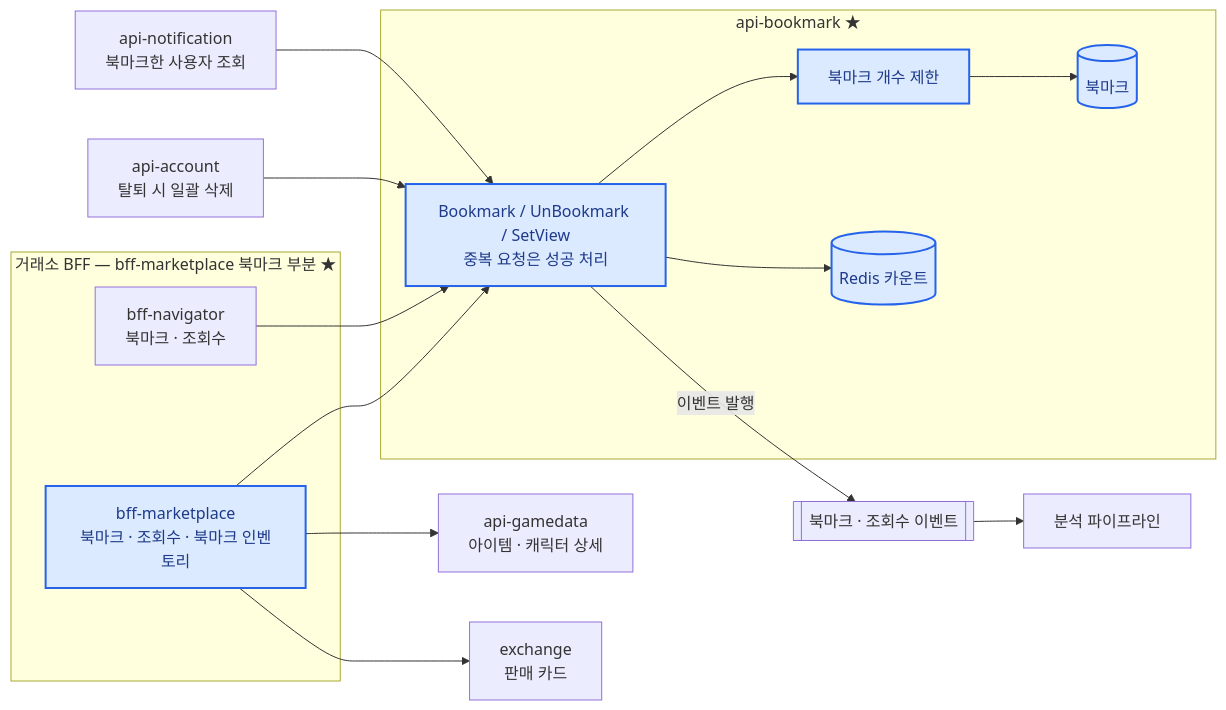
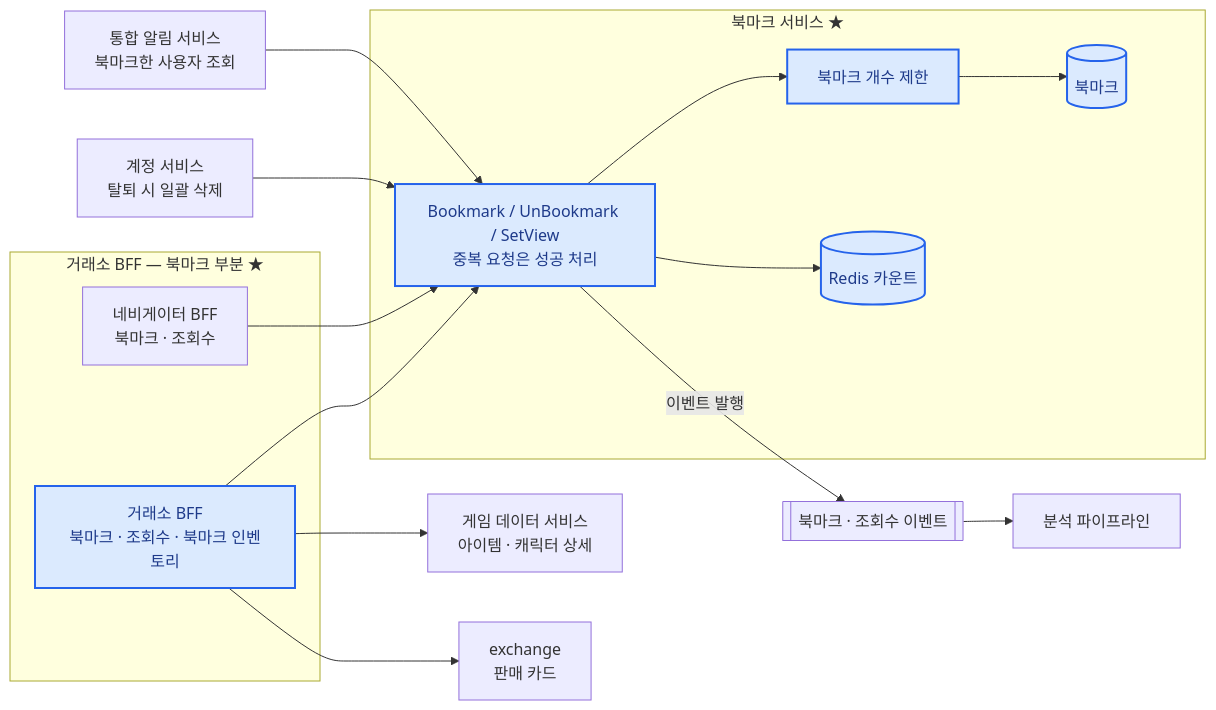
One commit to shalwxy/career changed the diagram in content/diagrams/bookmark.mmd. Above: the diagram before and after it, drawn with Mermaid. The commit also changed 24 other files, not shown here.

```diff
--- a/content/diagrams/bookmark.mmd
+++ b/content/diagrams/bookmark.mmd
@@ -1,25 +1,25 @@
-%% title: api-bookmark — 북마크·조회수와 거래소 BFF
-%% title_en: api-bookmark — bookmarks / view counts and marketplace BFFs
+%% title: 북마크 서비스 — 조회수·거래소 BFF 연동
+%% title_en: Bookmark service — view counts & marketplace BFF integration
 flowchart LR
-    subgraph BFF["거래소 BFF — bff-marketplace 북마크 부분 ★"]
-        M[bff-marketplace<br/>북마크 · 조회수 · 북마크 인벤토리]
-        NV[bff-navigator<br/>북마크 · 조회수]
+    subgraph BFF["거래소 BFF — 북마크 부분 ★"]
+        M[거래소 BFF<br/>북마크 · 조회수 · 북마크 인벤토리]
+        NV[네비게이터 BFF<br/>북마크 · 조회수]
     end
-    subgraph BK[api-bookmark ★]
+    subgraph BK[북마크 서비스 ★]
         H[Bookmark / UnBookmark / SetView<br/>중복 요청은 성공 처리]
         L["북마크 개수 제한"]
         PG[(북마크)]
         RD[(Redis 카운트)]
     end
-    AC[api-account<br/>탈퇴 시 일괄 삭제]
-    NT[api-notification<br/>북마크한 사용자 조회]
-    GD[api-gamedata<br/>아이템 · 캐릭터 상세]
+    AC[계정 서비스<br/>탈퇴 시 일괄 삭제]
+    NT[통합 알림 서비스<br/>북마크한 사용자 조회]
+    GD[게임 데이터 서비스<br/>아이템 · 캐릭터 상세]
     EX[exchange<br/>판매 카드]
     K[[북마크 · 조회수 이벤트]]
     M & NV --> H --> L --> PG
     H --> RD
     AC & NT --> H
     H -- 이벤트 발행 --> K --> AN[분석 파이프라인]
     M --> GD & EX
     classDef mine fill:#dbeafe,stroke:#2563eb,stroke-width:2px,color:#1e3a8a
     class M,H,L,PG,RD mine
```
